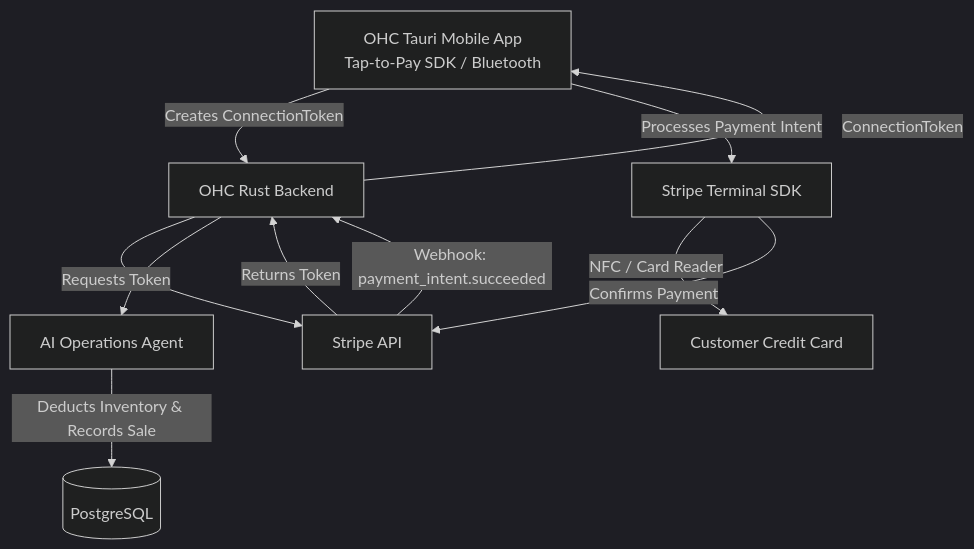
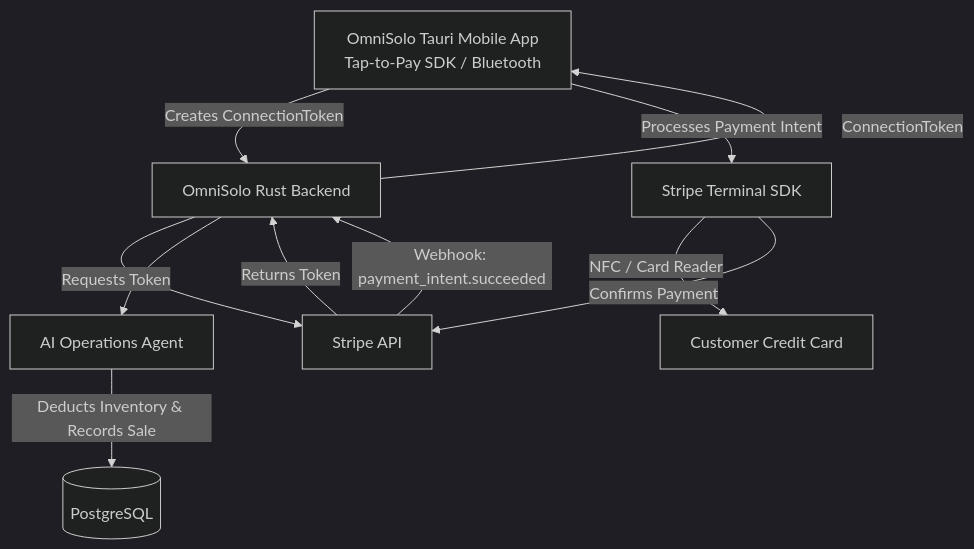
Before and after one commit to omnisolo-llc/onehumancorp: the diagram in docs/research/architecture_in_person_pos_terminal.md, drawn with Mermaid (dark theme). The commit also changed other lines of this file and 2191 other files, not shown here.

Commit message:
feat: complete OmniSolo rename and browser audit

````diff
--- a/docs/research/architecture_in_person_pos_terminal.md
+++ b/docs/research/architecture_in_person_pos_terminal.md
@@ -18,13 +18,13 @@
 ```mermaid
 graph TD;
-    MobileApp[OHC Tauri Mobile App\nTap-to-Pay SDK / Bluetooth] -->|Creates ConnectionToken| Backend[OHC Rust Backend];
+    MobileApp[OmniSolo Tauri Mobile App\nTap-to-Pay SDK / Bluetooth] -->|Creates ConnectionToken| Backend[OmniSolo Rust Backend];
     Backend -->|Requests Token| StripeAPI[Stripe API];
     StripeAPI -->|Returns Token| Backend;
     Backend -->|ConnectionToken| MobileApp;
     MobileApp -->|Processes Payment Intent| StripeTerminalSDK[Stripe Terminal SDK];
     StripeTerminalSDK -->|NFC / Card Reader| CustomerCard[Customer Credit Card];
     StripeTerminalSDK -->|Confirms Payment| StripeAPI;
     StripeAPI -->|Webhook: payment_intent.succeeded| Backend;
     Backend --> OperationsAgent[AI Operations Agent];
     OperationsAgent -->|Deducts Inventory & Records Sale| DB[(PostgreSQL)];
 ```
````
